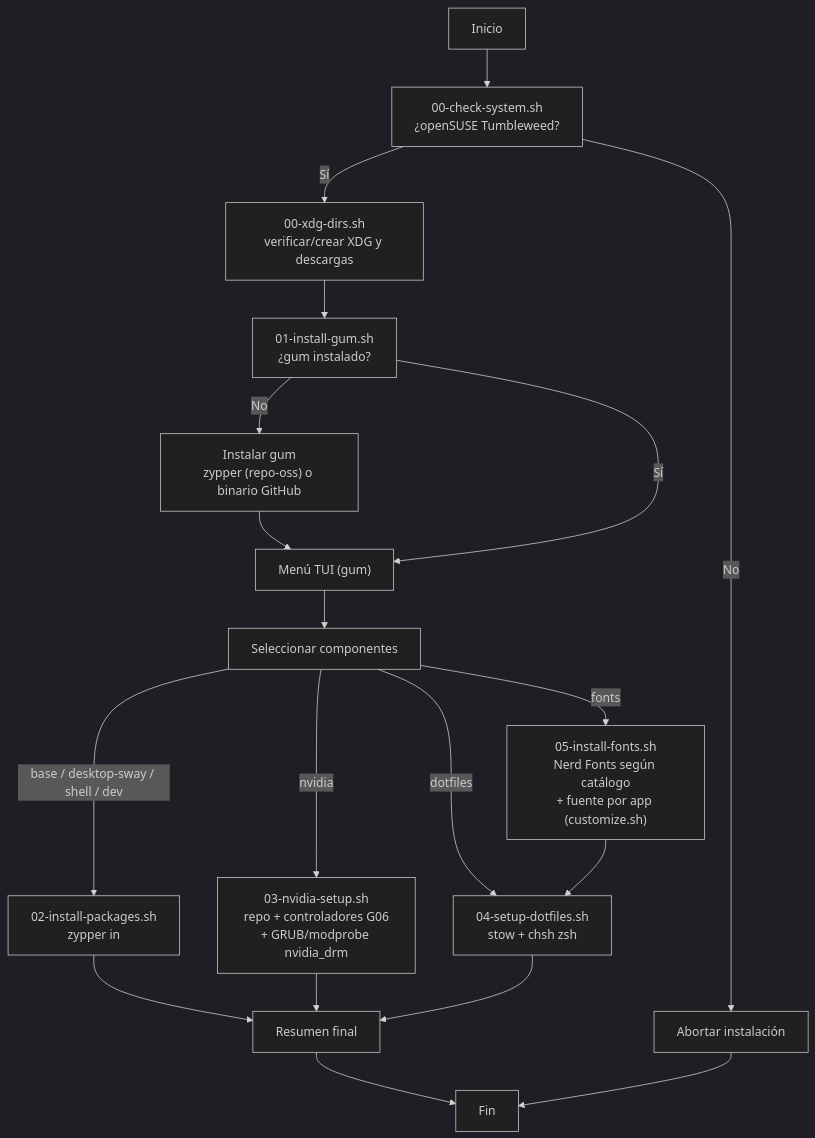
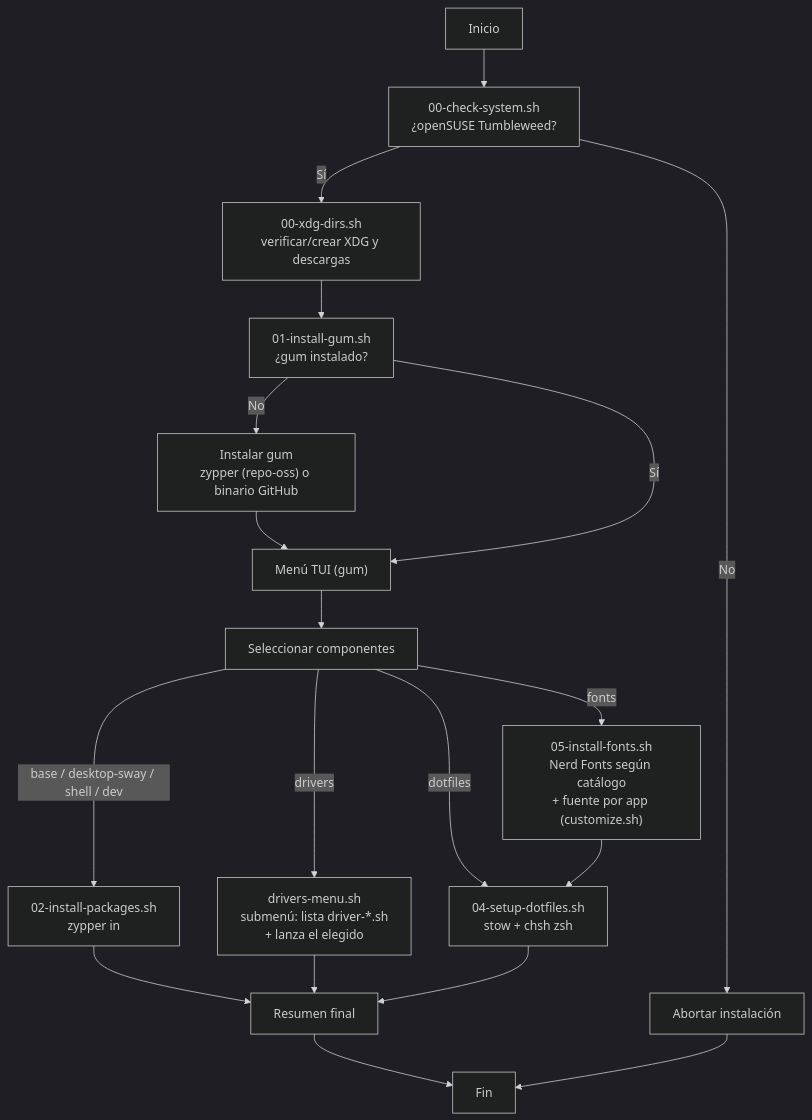
One commit to JorgeAlbertoDiaz/dotfiles changed the diagram in docs/assets/flow.mmd. Above: the diagram before and after it, drawn with Mermaid (dark theme). The commit also changed 7 other files, not shown here.

```diff
--- a/docs/assets/flow.mmd
+++ b/docs/assets/flow.mmd
@@ -1,19 +1,19 @@
 flowchart TD
     A[Inicio] --> B["00-check-system.sh\n¿openSUSE Tumbleweed?"]
     B -- No --> FAIL[Abortar instalación]
     B -- Sí --> X["00-xdg-dirs.sh\nverificar/crear XDG y descargas"]
     X --> C["01-install-gum.sh\n¿gum instalado?"]
     C -- No --> G["Instalar gum\nzypper (repo-oss) o binario GitHub"]
     G --> D["Menú TUI (gum)"]
     C -- Sí --> D
     D --> E["Seleccionar componentes"]
     E -- base / desktop-sway / shell / dev --> F["02-install-packages.sh\nzypper in"]
-    E -- nvidia --> H["03-nvidia-setup.sh\nrepo + controladores G06\n+ GRUB/modprobe nvidia_drm"]
+    E -- drivers --> H["drivers-menu.sh\nsubmenú: lista driver-*.sh\n+ lanza el elegido"]
     E -- fonts --> L["05-install-fonts.sh\nNerd Fonts según catálogo\n+ fuente por app (customize.sh)"]
     E -- dotfiles --> I["04-setup-dotfiles.sh\nstow + chsh zsh"]
     F --> J[Resumen final]
     H --> J
     L --> I
     I --> J
     J --> K[Fin]
     FAIL --> K
```
